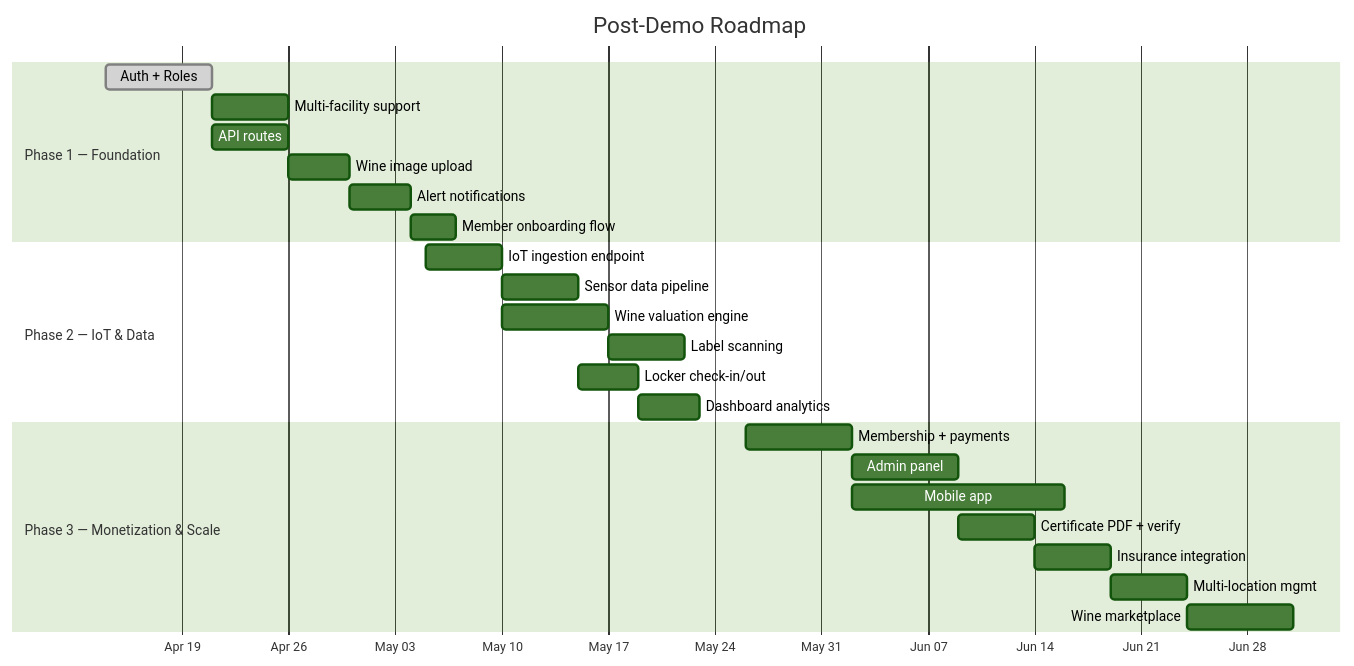
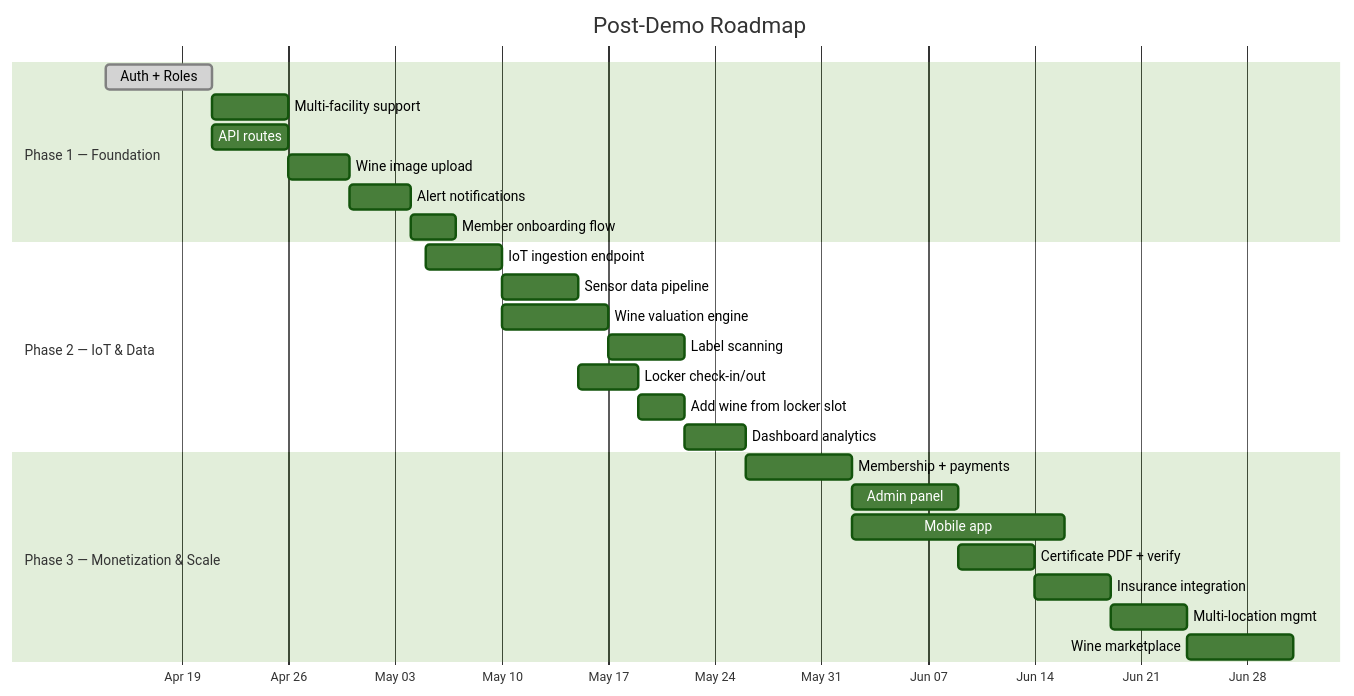
The diagram in SPEC.md (nathanielsohn/caveau-app), drawn with Mermaid (forest theme) before and after one commit. The commit also changed other lines of this file and 2 other files, not shown here.

First line of the commit message:
feat(36): add wine from locker slot — create + assign in one step

````diff
--- a/SPEC.md
+++ b/SPEC.md
@@ -401,31 +401,32 @@
 ```mermaid
 gantt
     title Post-Demo Roadmap
     dateFormat YYYY-MM-DD
     axisFormat %b %d
 
     section Phase 1 — Foundation
     Auth + Roles              :done, p1a, 2026-04-14, 7d
     Multi-facility support    :p1b, after p1a, 5d
     API routes                :p1c, after p1a, 5d
     Wine image upload         :p1d, after p1c, 4d
     Alert notifications       :p1e, after p1d, 4d
     Member onboarding flow    :p1f, after p1e, 3d
 
     section Phase 2 — IoT & Data
     IoT ingestion endpoint    :p2a, 2026-05-05, 5d
     Sensor data pipeline      :p2b, after p2a, 5d
     Wine valuation engine     :p2c, after p2a, 7d
     Label scanning            :p2d, after p2c, 5d
     Locker check-in/out       :p2e, after p2b, 4d
-    Dashboard analytics       :p2f, after p2e, 4d
+    Add wine from locker slot :p2g, after p2e, 3d
+    Dashboard analytics       :p2f, after p2g, 4d
 
     section Phase 3 — Monetization & Scale
     Membership + payments     :p3a, 2026-05-26, 7d
     Admin panel               :p3b, after p3a, 7d
     Mobile app                :p3c, after p3a, 14d
     Certificate PDF + verify  :p3d, after p3b, 5d
     Insurance integration     :p3e, after p3d, 5d
     Multi-location mgmt       :p3f, after p3e, 5d
     Wine marketplace          :p3g, after p3f, 7d
 ```
````
